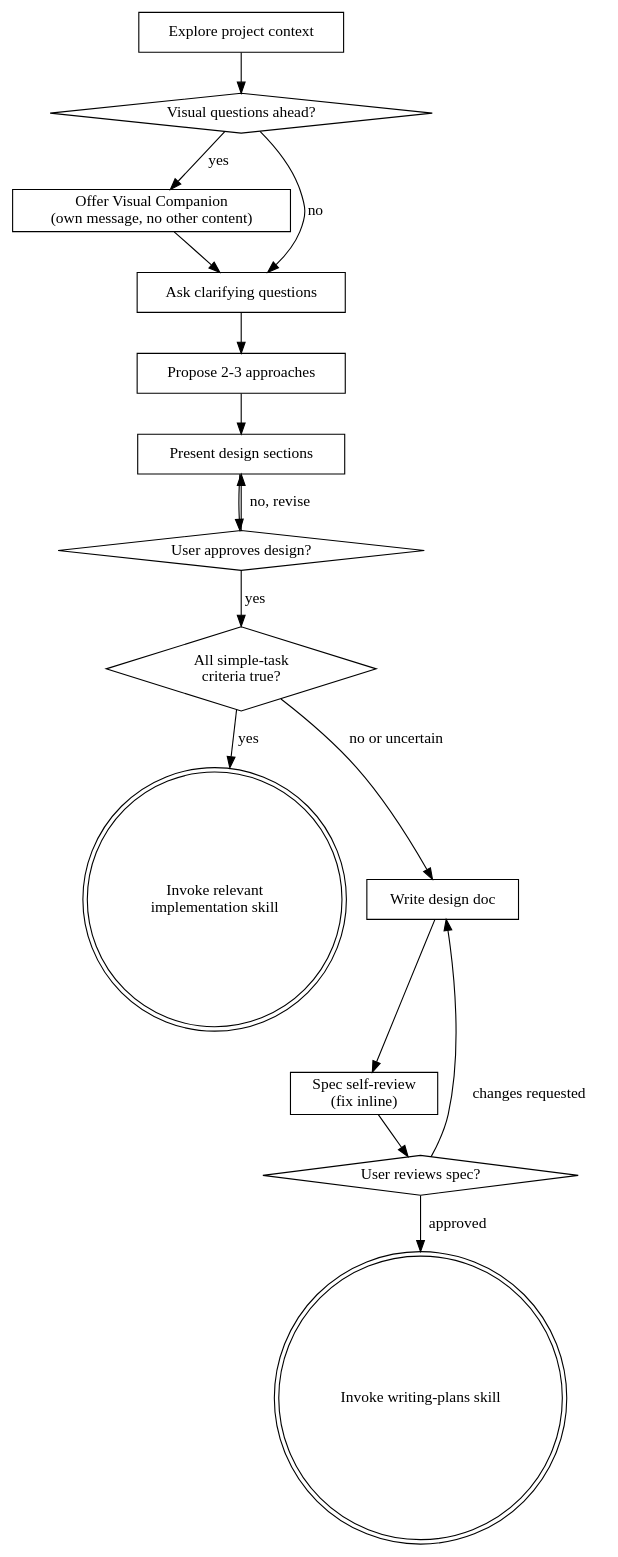
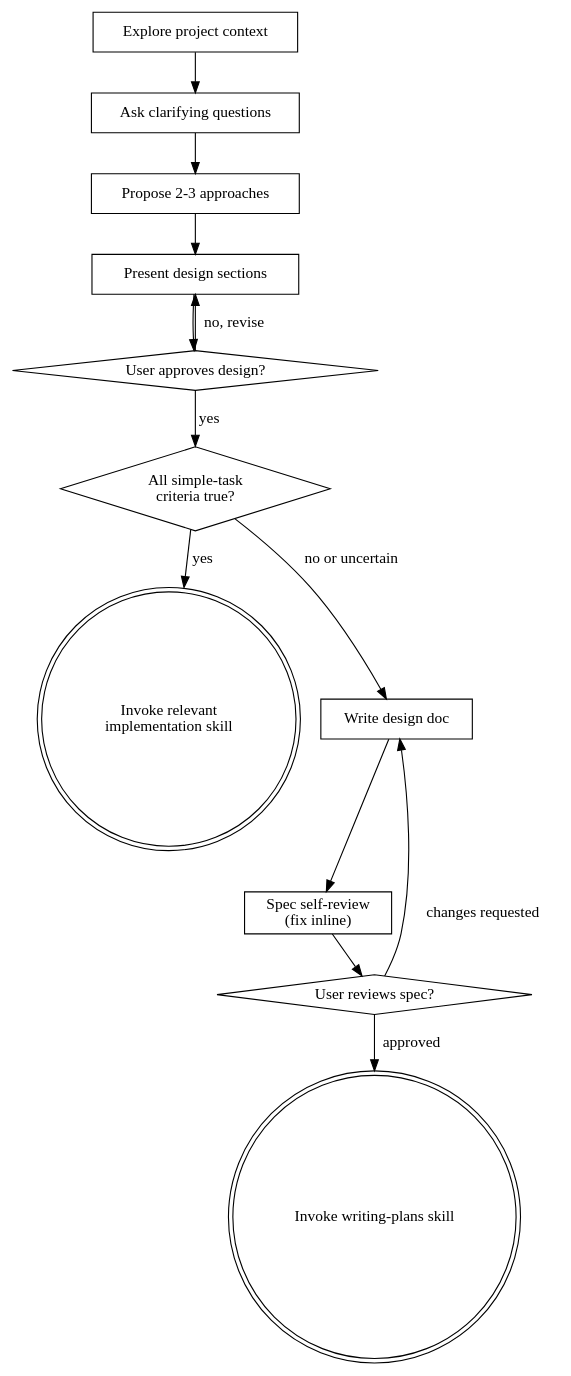
Before and after one commit to hktonylee/superpowers: the diagram in skills/brainstorming/SKILL.md, drawn with Graphviz. The commit also changed other lines of this file and 3 other files, not shown here.

Commit message:
Make visual companion opt-in for brainstorming

````diff
--- a/skills/brainstorming/SKILL.md
+++ b/skills/brainstorming/SKILL.md
@@ -37,33 +36,28 @@
 ```dot
 digraph brainstorming {
     "Explore project context" [shape=box];
-    "Visual questions ahead?" [shape=diamond];
-    "Offer Visual Companion\n(own message, no other content)" [shape=box];
     "Ask clarifying questions" [shape=box];
     "Propose 2-3 approaches" [shape=box];
     "Present design sections" [shape=box];
     "User approves design?" [shape=diamond];
     "All simple-task\ncriteria true?" [shape=diamond];
     "Invoke relevant\nimplementation skill" [shape=doublecircle];
     "Write design doc" [shape=box];
     "Spec self-review\n(fix inline)" [shape=box];
     "User reviews spec?" [shape=diamond];
     "Invoke writing-plans skill" [shape=doublecircle];
 
-    "Explore project context" -> "Visual questions ahead?";
-    "Visual questions ahead?" -> "Offer Visual Companion\n(own message, no other content)" [label="yes"];
-    "Visual questions ahead?" -> "Ask clarifying questions" [label="no"];
-    "Offer Visual Companion\n(own message, no other content)" -> "Ask clarifying questions";
+    "Explore project context" -> "Ask clarifying questions";
     "Ask clarifying questions" -> "Propose 2-3 approaches";
     "Propose 2-3 approaches" -> "Present design sections";
     "Present design sections" -> "User approves design?";
     "User approves design?" -> "Present design sections" [label="no, revise"];
     "User approves design?" -> "All simple-task\ncriteria true?" [label="yes"];
     "All simple-task\ncriteria true?" -> "Invoke relevant\nimplementation skill" [label="yes"];
     "All simple-task\ncriteria true?" -> "Write design doc" [label="no or uncertain"];
     "Write design doc" -> "Spec self-review\n(fix inline)";
     "Spec self-review\n(fix inline)" -> "User reviews spec?";
     "User reviews spec?" -> "Write design doc" [label="changes requested"];
     "User reviews spec?" -> "Invoke writing-plans skill" [label="approved"];
 }
 ```
````
